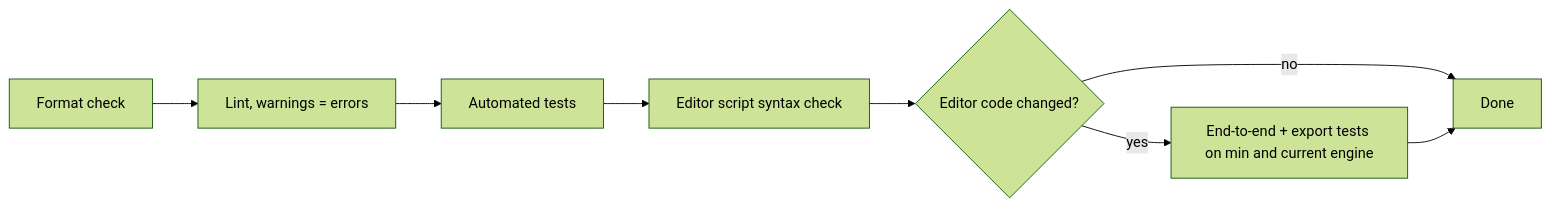
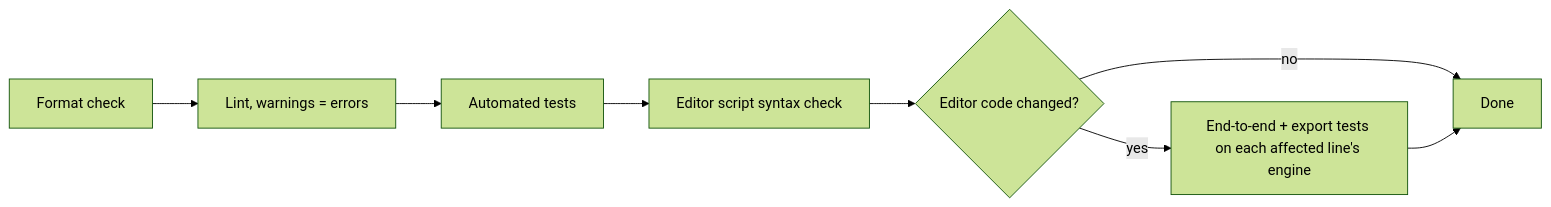
Before and after one commit to theromis/godot-mcp: the diagram in .design/main/specifications/l1-quality-assurance.md, drawn with Mermaid (forest theme). The commit also changed other lines of this file and 17 other files, not shown here.

````diff
--- a/.design/main/specifications/l1-quality-assurance.md
+++ b/.design/main/specifications/l1-quality-assurance.md
@@ -56,10 +57,10 @@
 ```mermaid
 graph LR
     F[Format check] --> L[Lint, warnings = errors]
     L --> T[Automated tests]
     T --> S[Editor script syntax check]
     S --> E{Editor code changed?}
-    E -->|yes| X[End-to-end + export tests on min and current engine]
+    E -->|yes| X[End-to-end + export tests on each affected line's engine]
     E -->|no| D[Done]
     X --> D
 ```
````
